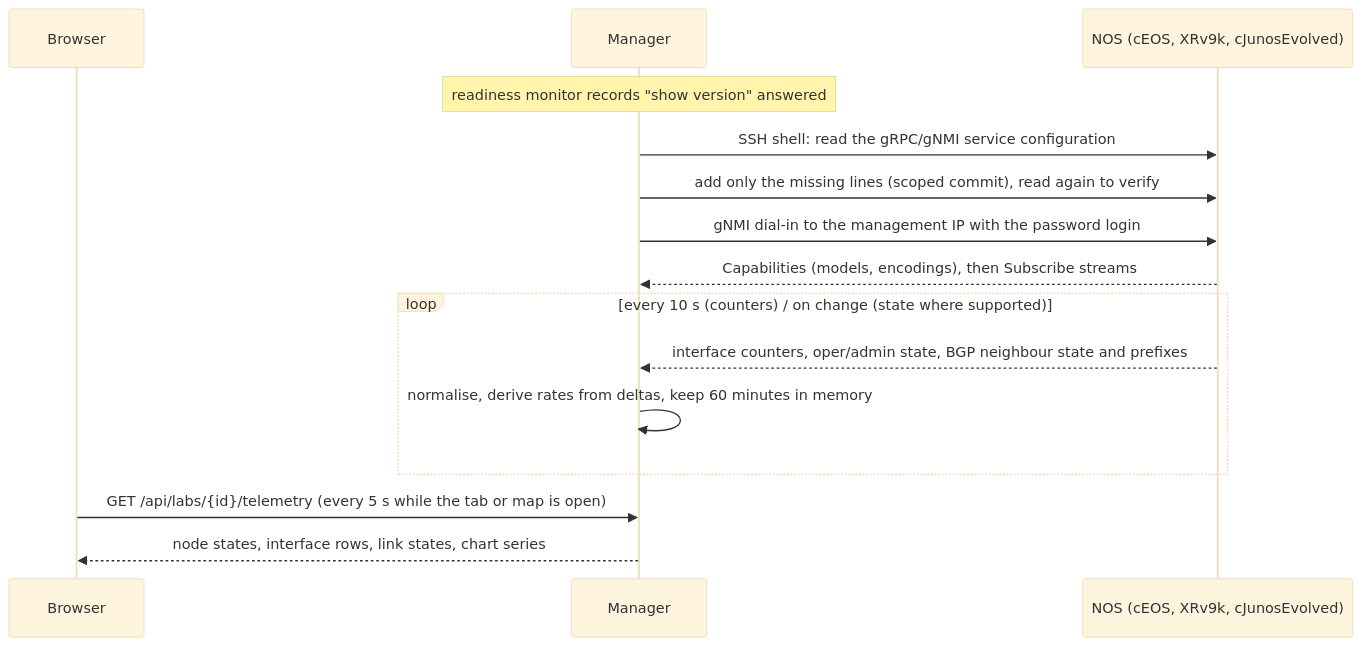
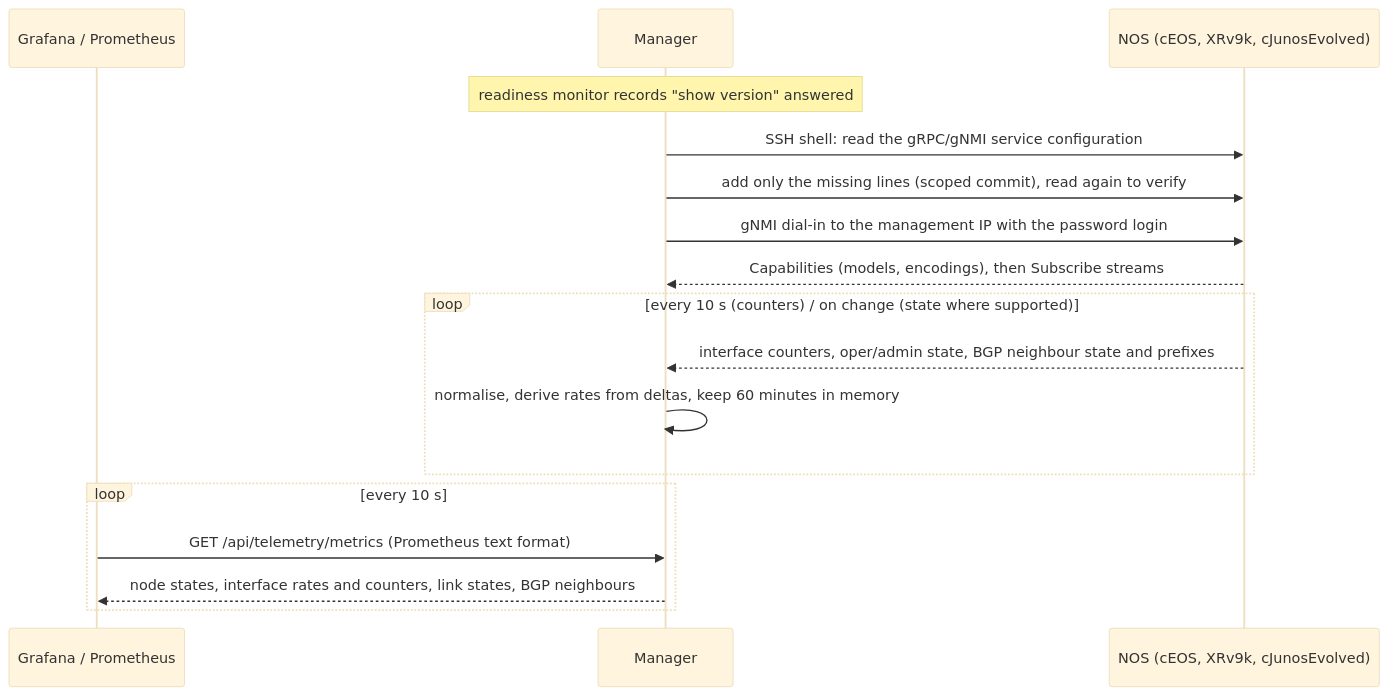
Before and after one commit to ArchRuger/CLAB-BACKUP-WORKER-v2: the diagram in docs/TELEMETRY.md, drawn with Mermaid (base theme). The commit also changed other lines of this file and 71 other files, not shown here.

First line of the commit message:
Audit the guides and the installer, move telemetry to Grafana; release 1.25.0

````diff
--- a/docs/TELEMETRY.md
+++ b/docs/TELEMETRY.md
@@ -28,17 +36,19 @@
 ```mermaid
 sequenceDiagram
-    participant U as Browser
+    participant G as Grafana / Prometheus
     participant M as Manager
     participant N as NOS (cEOS, XRv9k, cJunosEvolved)
     Note over M: readiness monitor records "show version" answered
     M->>N: SSH shell: read the gRPC/gNMI service configuration
     M->>N: add only the missing lines (scoped commit), read again to verify
     M->>N: gNMI dial-in to the management IP with the password login
     N-->>M: Capabilities (models, encodings), then Subscribe streams
     loop every 10 s (counters) / on change (state where supported)
         N-->>M: interface counters, oper/admin state, BGP neighbour state and prefixes
         M->>M: normalise, derive rates from deltas, keep 60 minutes in memory
     end
-    U->>M: GET /api/labs/{id}/telemetry (every 5 s while the tab or map is open)
-    M-->>U: node states, interface rows, link states, chart series
+    loop every 10 s
+        G->>M: GET /api/telemetry/metrics (Prometheus text format)
+        M-->>G: node states, interface rates and counters, link states, BGP neighbours
+    end
 ```
````
